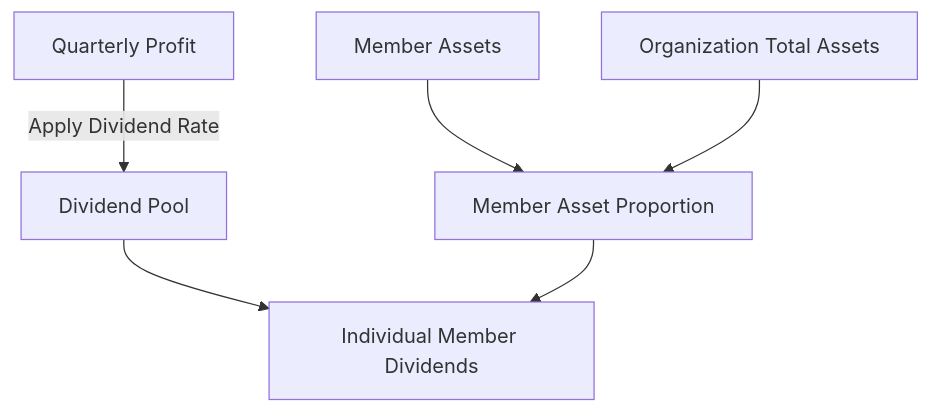
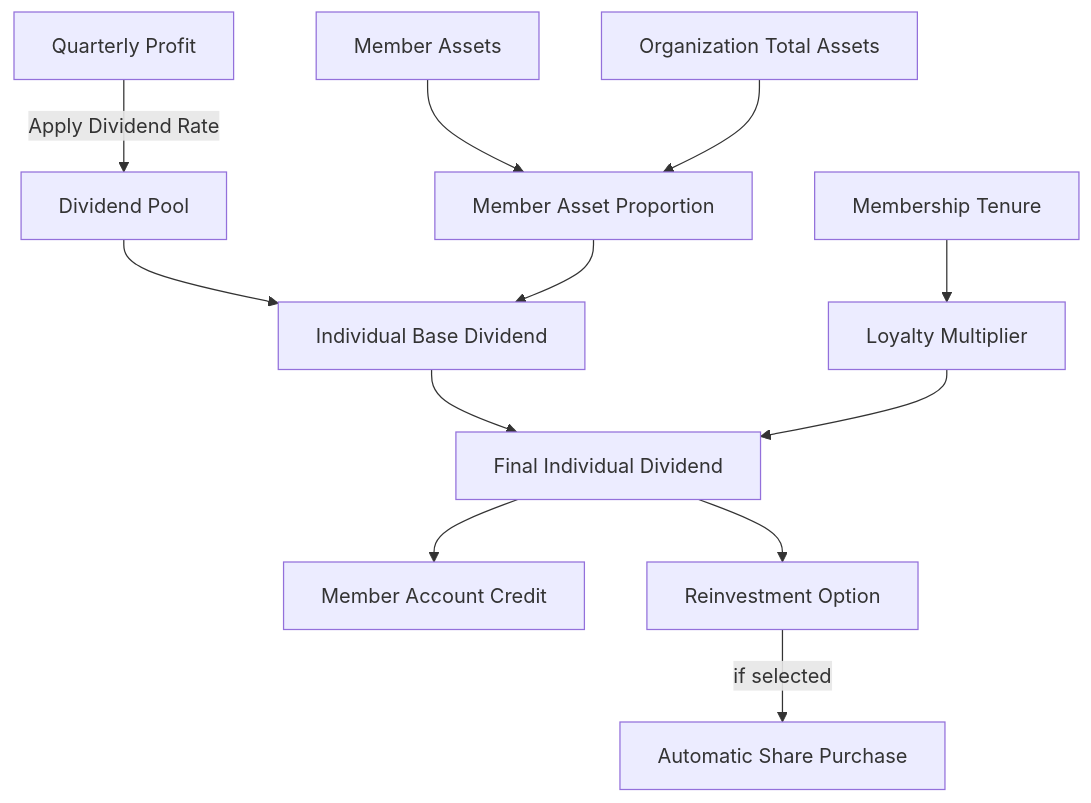
The fifth of 13 diagrams in financial-org-app/docs/financial-logic.md (Sachin-Bandaranayaka/sahana-new), drawn with Mermaid before and after one commit. The commit also changed other lines of this file and 2 other files, not shown here.

Commit message:
Update financial logic documentation with comprehensive system details, enhanced diagrams, and improved calculation examples

````diff
--- a/financial-org-app/docs/financial-logic.md
+++ b/financial-org-app/docs/financial-logic.md
@@ -88,8 +133,14 @@
 ```mermaid
 flowchart TD
     A[Quarterly Profit] -->|Apply Dividend Rate| B[Dividend Pool]
     C[Member Assets] --> E[Member Asset Proportion]
     D[Organization Total Assets] --> E
-    B --> F[Individual Member Dividends]
+    B --> F[Individual Base Dividend]
     E --> F
+    G[Membership Tenure] --> H[Loyalty Multiplier]
+    F --> I[Final Individual Dividend]
+    H --> I
+    I --> J[Member Account Credit]
+    I --> K[Reinvestment Option]
+    K -->|if selected| L[Automatic Share Purchase]
 ```
````
